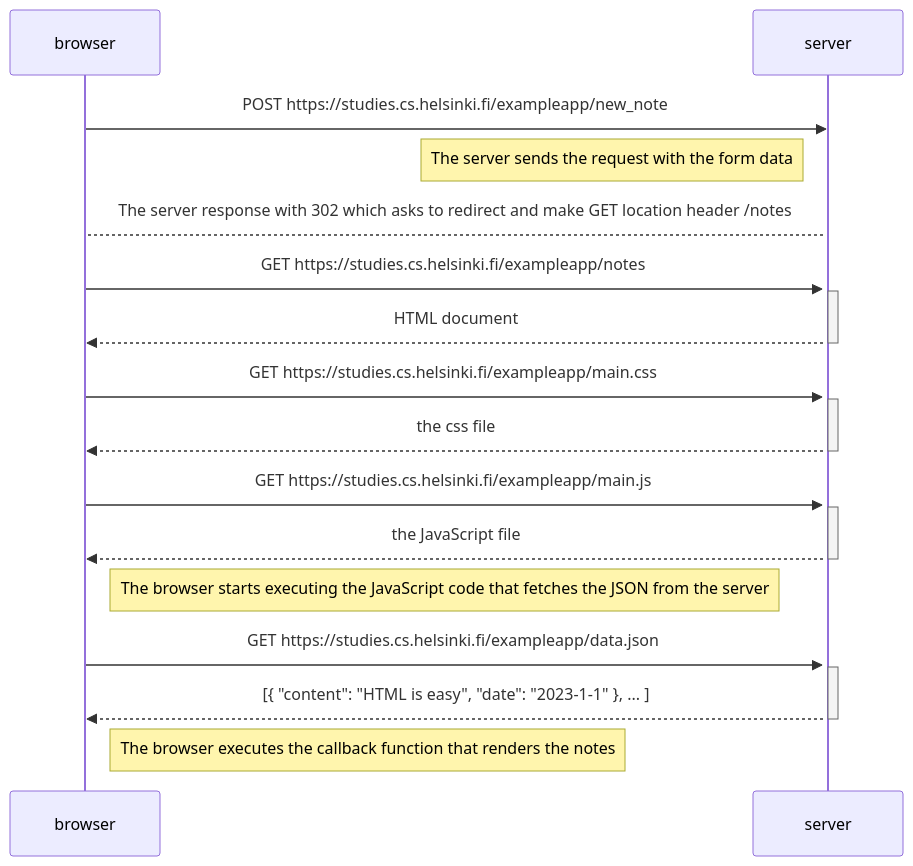
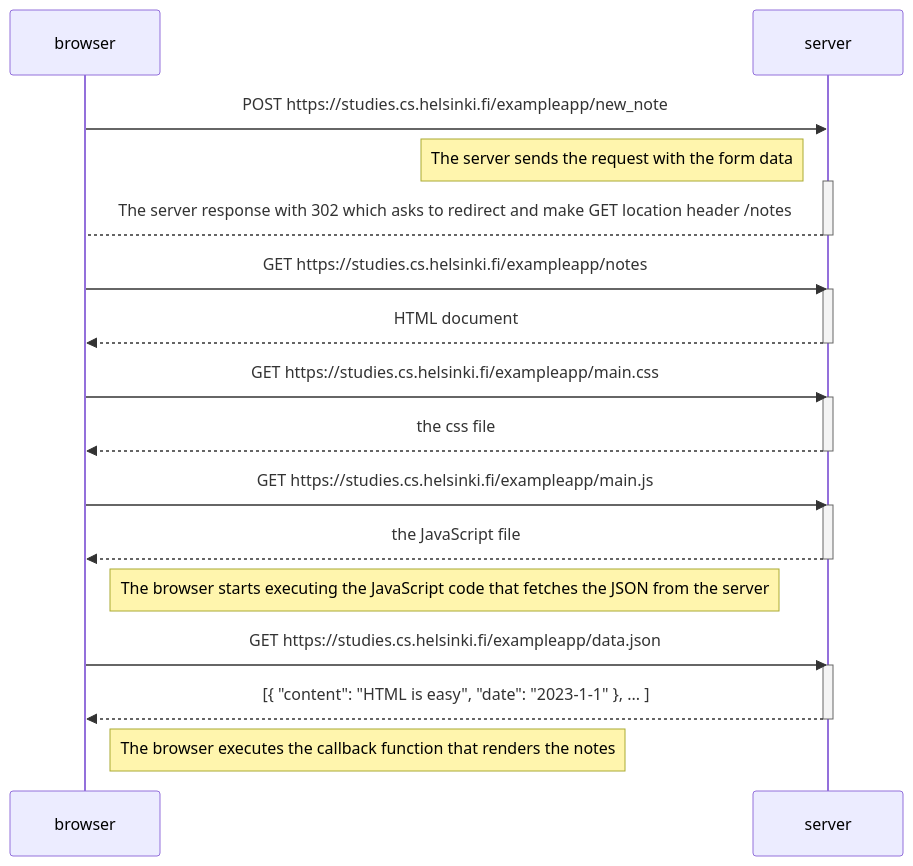
Before and after one commit to carlos-dev-research/full-stack-open-course: the second of 2 diagrams in part0/sequenceDiagrams.md, drawn with Mermaid.

````diff
--- a/part0/sequenceDiagrams.md
+++ b/part0/sequenceDiagrams.md
@@ -33,34 +33,35 @@
 ```mermaid
 sequenceDiagram
     participant browser
     participant server
 
     browser->>server: POST https://studies.cs.helsinki.fi/exampleapp/new_note
     Note left of server: The server sends the request with the form data
     activate server
     server-->browser: The server response with 302 which asks to redirect and make GET location header /notes
+    deactivate server
 
     browser->>server: GET https://studies.cs.helsinki.fi/exampleapp/notes
     activate server
     server-->>browser: HTML document
     deactivate server
 
     browser->>server: GET https://studies.cs.helsinki.fi/exampleapp/main.css
     activate server
     server-->>browser: the css file
     deactivate server
 
     browser->>server: GET https://studies.cs.helsinki.fi/exampleapp/main.js
     activate server
     server-->>browser: the JavaScript file
     deactivate server
 
     Note right of browser: The browser starts executing the JavaScript code that fetches the JSON from the server
 
     browser->>server: GET https://studies.cs.helsinki.fi/exampleapp/data.json
     activate server
     server-->>browser: [{ "content": "HTML is easy", "date": "2023-1-1" }, ... ]
     deactivate server
 
     Note right of browser: The browser executes the callback function that renders the notes
 ```
````
